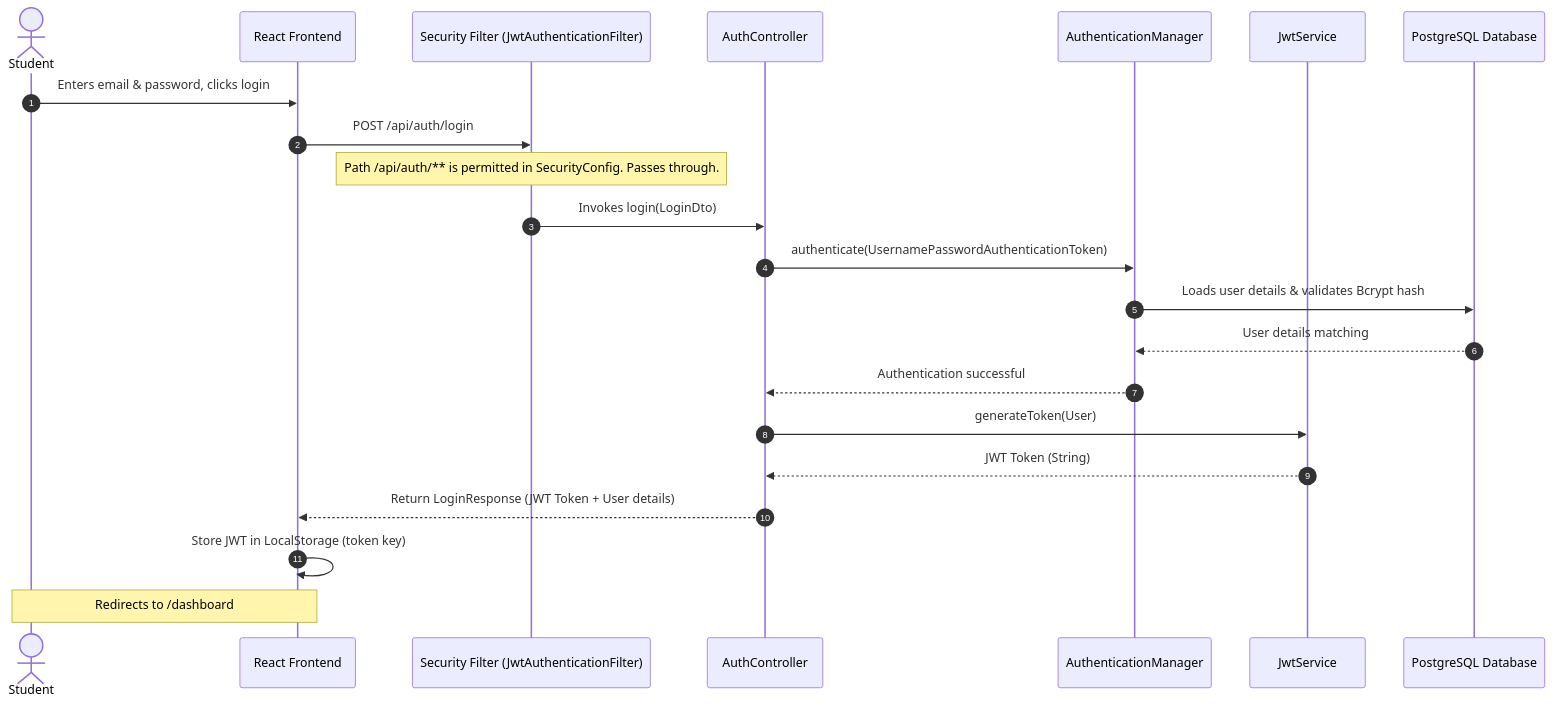
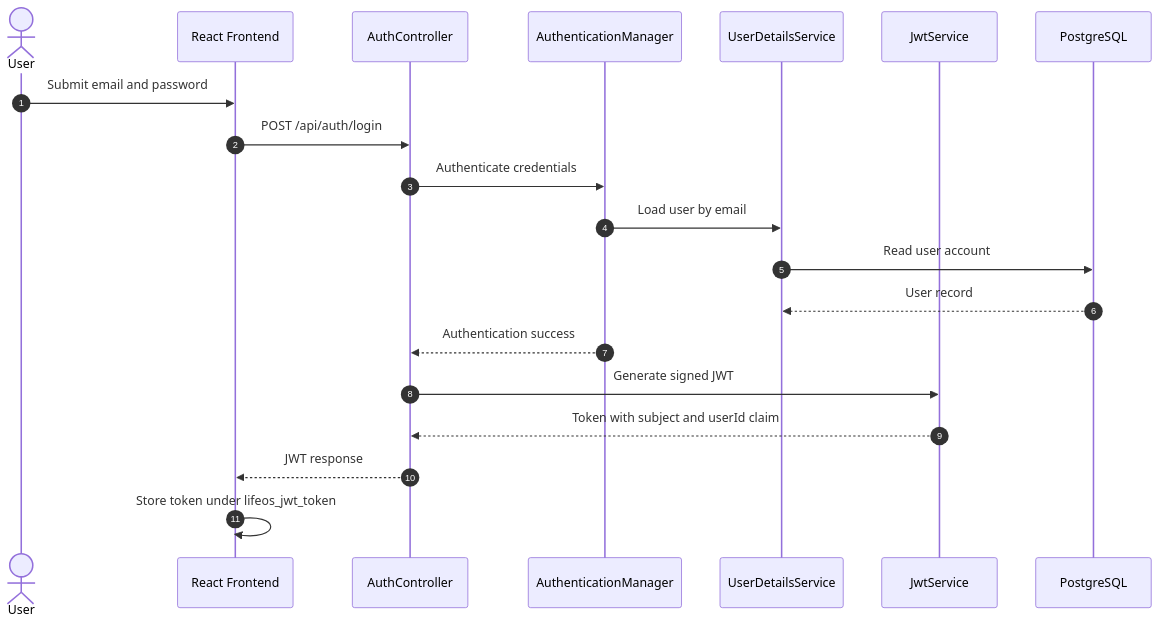
One commit to Risspecct/LifeOS changed the fourth of 7 diagrams in docs/architecture.md. Above: the diagram before and after it, drawn with Mermaid. The commit also changed other lines of this file and 13 other files, not shown here.

````diff
--- a/docs/architecture.md
+++ b/docs/architecture.md
@@ -38,25 +88,23 @@
 ```mermaid
 sequenceDiagram
     autonumber
-    actor User as Student
+    actor User
     participant FE as React Frontend
-    participant Filter as Security Filter (JwtAuthenticationFilter)
-    participant AuthC as AuthController
-    participant AuthM as AuthenticationManager
-    participant JwtS as JwtService
-    participant DB as PostgreSQL Database
+    participant Auth as AuthController
+    participant Manager as AuthenticationManager
+    participant Users as UserDetailsService
+    participant JWT as JwtService
+    participant DB as PostgreSQL
 
-    User->>FE: Enters email & password, clicks login
-    FE->>Filter: POST /api/auth/login
-    Note over Filter: Path /api/auth/** is permitted in SecurityConfig. Passes through.
-    Filter->>AuthC: Invokes login(LoginDto)
-    AuthC->>AuthM: authenticate(UsernamePasswordAuthenticationToken)
-    AuthM->>DB: Loads user details & validates Bcrypt hash
-    DB-->>AuthM: User details matching
-    AuthM-->>AuthC: Authentication successful
-    AuthC->>JwtS: generateToken(User)
-    JwtS-->>AuthC: JWT Token (String)
-    AuthC-->>FE: Return LoginResponse (JWT Token + User details)
-    FE->>FE: Store JWT in LocalStorage (token key)
-    Note over FE, User: Redirects to /dashboard
+    User->>FE: Submit email and password
+    FE->>Auth: POST /api/auth/login
+    Auth->>Manager: Authenticate credentials
+    Manager->>Users: Load user by email
+    Users->>DB: Read user account
+    DB-->>Users: User record
+    Manager-->>Auth: Authentication success
+    Auth->>JWT: Generate signed JWT
+    JWT-->>Auth: Token with subject and userId claim
+    Auth-->>FE: JWT response
+    FE->>FE: Store token under lifeos_jwt_token
 ```
````
